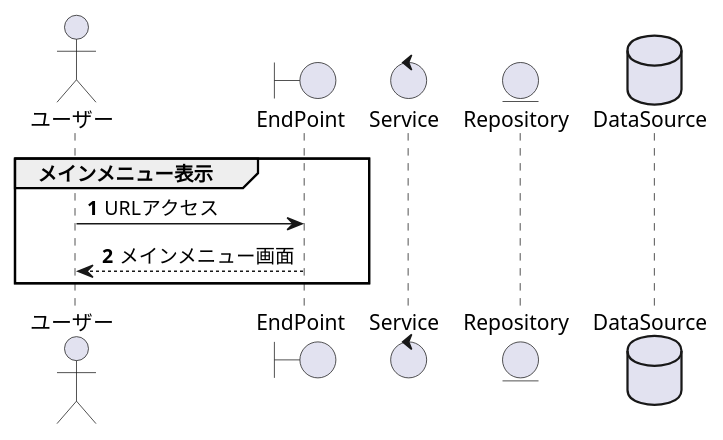
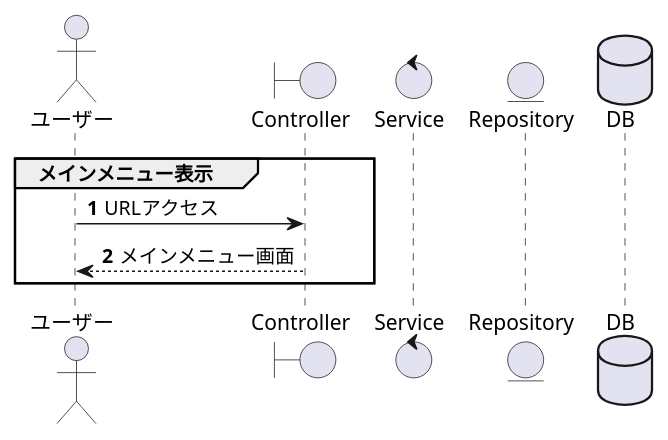
The second of 3 diagrams in document/詳細設計書/詳細設計書.md (NakataTPD/2018-k-web-training), drawn with PlantUML before and after one commit. The commit also changed other lines of this file, not shown here.

````diff
--- a/document/詳細設計書/詳細設計書.md
+++ b/document/詳細設計書/詳細設計書.md
@@ -86,15 +86,15 @@
 ```puml
-actor ユーザー as User 
-boundary EndPoint as EndPoint
-control Service as Service
-entity Repository as Repository
-database DataSource as DataSource
+actor ユーザー as User
+boundary Controller as Con
+control Service as Ser
+entity Repository as Repo
+database DB as DB
 
 group メインメニュー表示
   autonumber 1
 
-    User -> EndPoint: URLアクセス
-    EndPoint --> User: メインメニュー画面
+    User -> Con: URLアクセス
+    Con --> User: メインメニュー画面
 
 end
 ```
````
